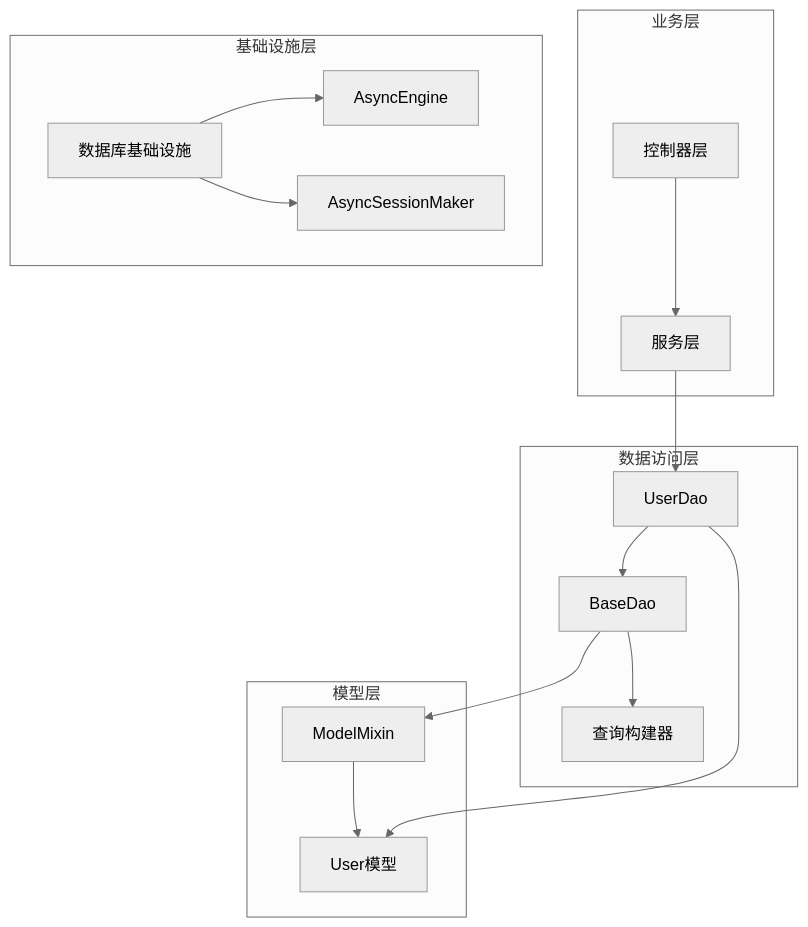
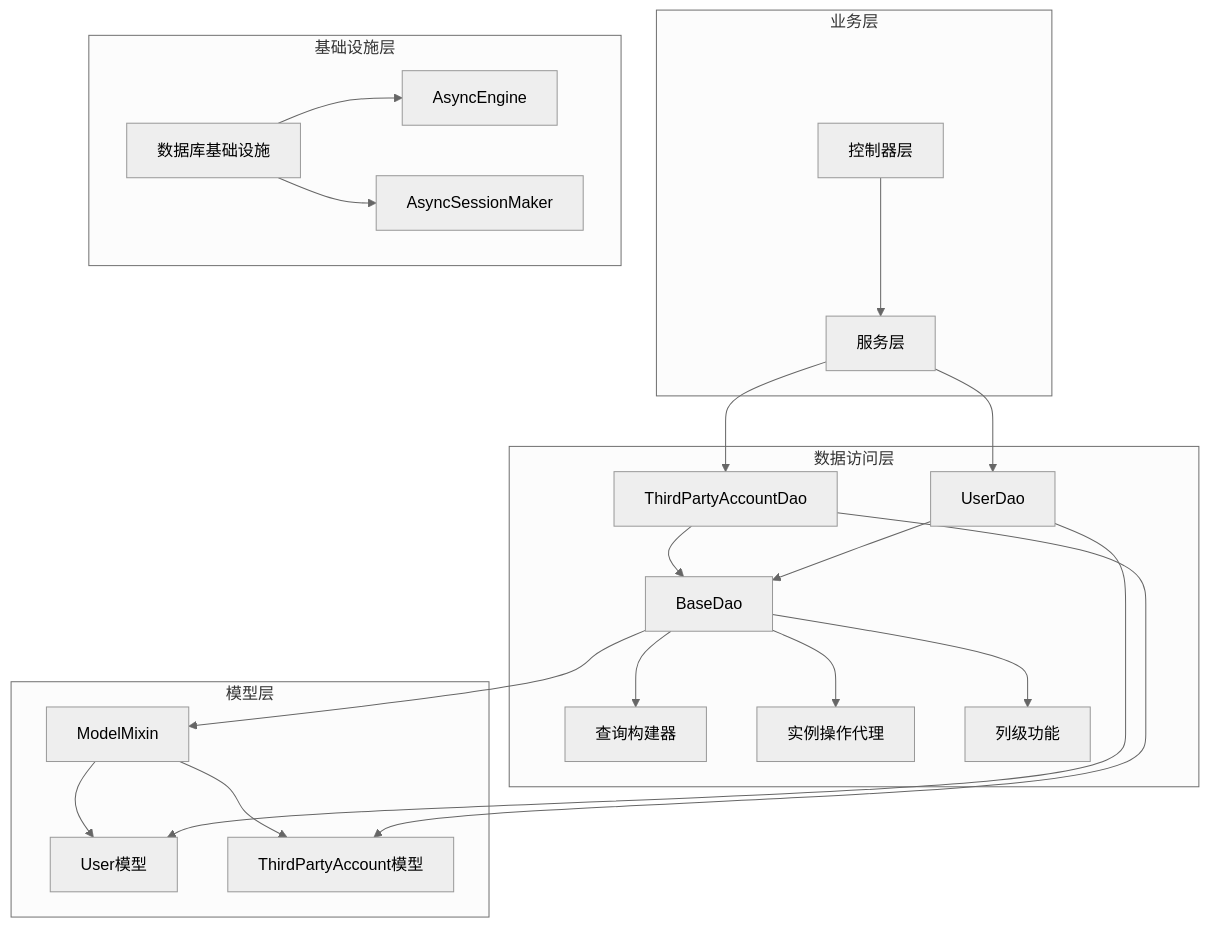
One commit to lilinzezzzzzz/fastapi-backend changed the third of 8 diagrams in .qoder/repowiki/zh/content/数据访问层/通用DAO基类.md. Above: the diagram before and after it, drawn with Mermaid (neutral theme). The commit also changed other lines of this file and 42 other files, not shown here.

````diff
--- a/.qoder/repowiki/zh/content/数据访问层/通用DAO基类.md
+++ b/.qoder/repowiki/zh/content/数据访问层/通用DAO基类.md
@@ -205,30 +237,40 @@
 ```mermaid
 graph TB
 subgraph "业务层"
 Service[服务层]
 Controller[控制器层]
 end
 subgraph "数据访问层"
 UserDao[UserDao]
+ThirdPartyAccountDao[ThirdPartyAccountDao]
 BaseDao[BaseDao]
 Builders[查询构建器]
+InstanceOps[实例操作代理]
+ColFeatures[列级功能]
 end
 subgraph "基础设施层"
 DatabaseInfra[数据库基础设施]
 Engine[AsyncEngine]
 SessionMaker[AsyncSessionMaker]
 end
 subgraph "模型层"
 UserModel[User模型]
+ThirdPartyModel[ThirdPartyAccount模型]
 ModelMixin[ModelMixin]
 end
 Service --> UserDao
+Service --> ThirdPartyAccountDao
 Controller --> Service
 UserDao --> BaseDao
+ThirdPartyAccountDao --> BaseDao
 BaseDao --> Builders
+BaseDao --> InstanceOps
+BaseDao --> ColFeatures
 BaseDao --> ModelMixin
 DatabaseInfra --> Engine
 DatabaseInfra --> SessionMaker
 UserDao --> UserModel
+ThirdPartyAccountDao --> ThirdPartyModel
 ModelMixin --> UserModel
+ModelMixin --> ThirdPartyModel
 ```
````
